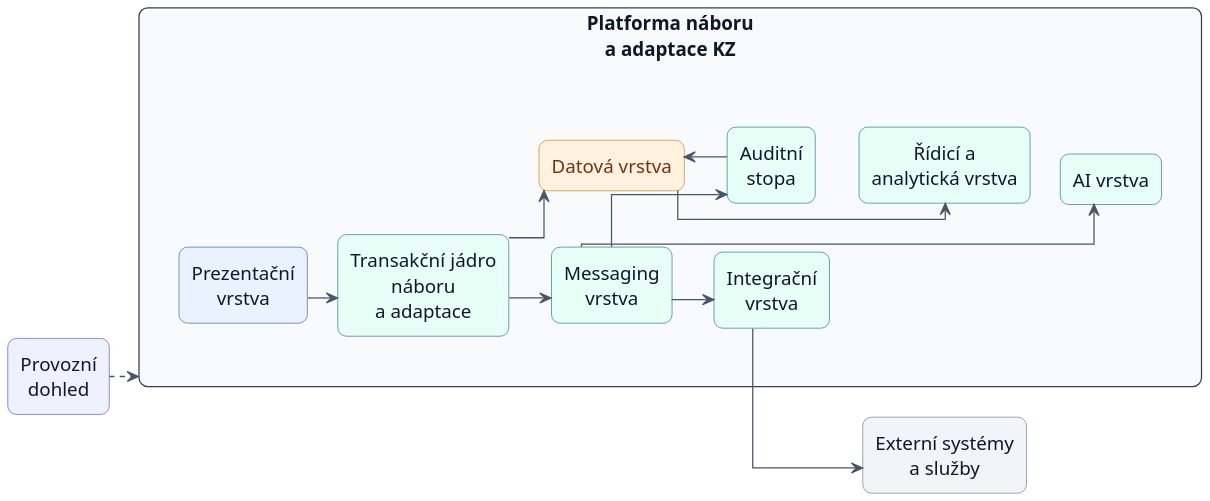
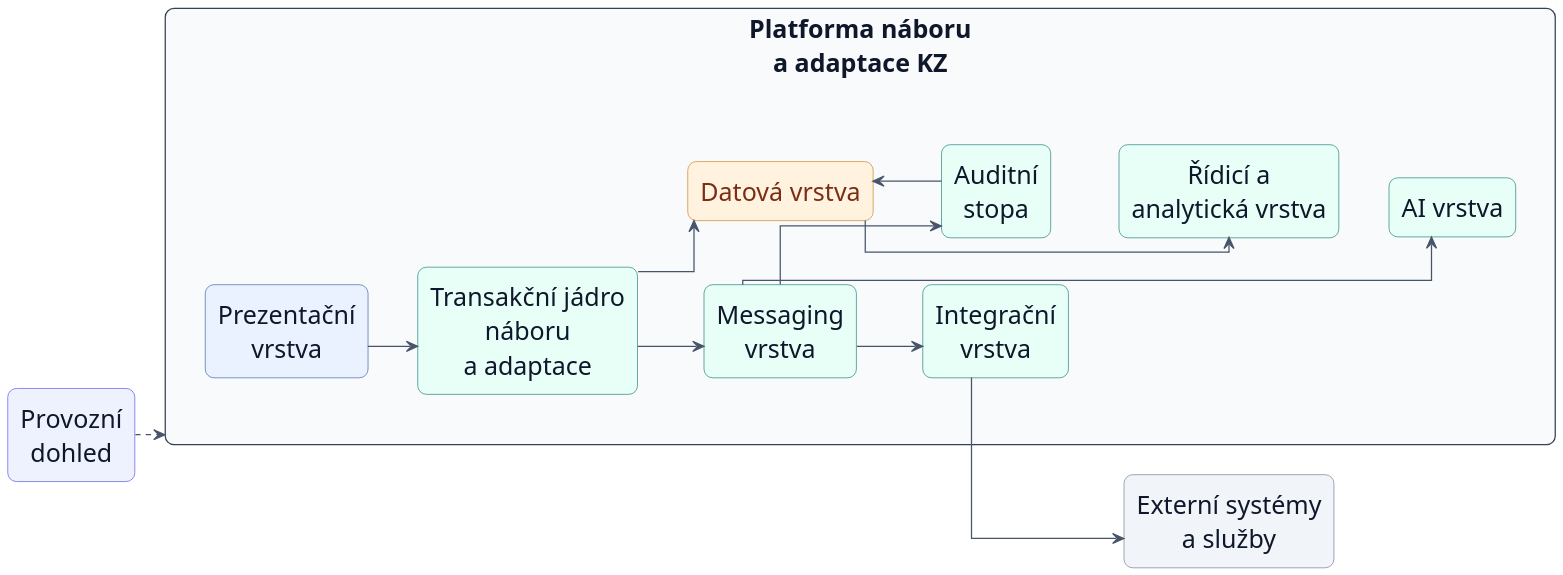
The diagram in procesy/architecture/solution-composition.puml (pavelvachaaa/diploma-thesis), drawn with PlantUML before and after one commit. The commit also changed 8 other files, not shown here.

```diff
--- a/procesy/architecture/solution-composition.puml
+++ b/procesy/architecture/solution-composition.puml
@@ -1,95 +1,94 @@
 @startuml
 left to right direction
 hide stereotype
-
 skinparam backgroundColor transparent
 skinparam shadowing false
 skinparam linetype ortho
 skinparam packageStyle rectangle
 skinparam defaultFontName Arial
-skinparam defaultFontSize 15
+skinparam defaultFontSize 20
 skinparam defaultTextAlignment center
 skinparam arrowFontSize 13
 skinparam dpi 160
-skinparam ranksep 24
+skinparam ranksep 40
 skinparam nodesep 18
 skinparam ArrowColor #475569
 skinparam ArrowThickness 1.0
 skinparam RoundCorner 14
 
 skinparam rectangle {
   BackgroundColor #F8FAFC
   BorderColor #334155
   FontColor #0F172A
 }
 
 skinparam rectangle<<frontend>> {
   BackgroundColor #EAF2FF
   BorderColor #2B5AA6
 }
 
 skinparam rectangle<<service>> {
   BackgroundColor #E8FFF8
   BorderColor #0F766E
 }
 
 skinparam rectangle<<external>> {
   BackgroundColor #F1F5F9
   BorderColor #64748B
 }
 
 skinparam rectangle<<obs>> {
   BackgroundColor #EEF2FF
   BorderColor #4F46E5
 }
 
 skinparam rectangle<<data>> {
   BackgroundColor #FFF3E0
   BorderColor #C97A10
   FontColor #7C2D12
 }
 
 rectangle "Platforma náboru\na adaptace KZ" as SystemBoundary {
   together {
     rectangle "Prezentační\nvrstva" <<frontend>> as Presentation
     rectangle "Transakční jádro\nnáboru\na adaptace" <<service>> as Core
     rectangle "Messaging\nvrstva" <<service>> as Messaging
     rectangle "Integrační\nvrstva" <<service>> as Integration
   }
 
   together {
     rectangle "Datová vrstva" <<data>> as Data
     rectangle "Auditní\nstopa" <<service>> as AuditTrail
     rectangle "Řídicí a\nanalytická vrstva" <<service>> as Analytics
     rectangle "AI vrstva" <<service>> as AiLayer
   }
 }
 
 rectangle "Externí systémy\na služby" <<external>> as ExternalServices
 
 rectangle "Provozní\ndohled" <<obs>> as Observability
 
 Presentation --> Core
 Core --> Messaging
 Messaging --> Integration
 Core -down-> Data
 Data --> Analytics
 Messaging -down-> AuditTrail
 AuditTrail --> Data
 Messaging -down-> AiLayer
 Integration -down-> ExternalServices
 
 Observability ..> SystemBoundary
 
 Presentation -[hidden]-> Core
 Core -[hidden]-> Messaging
 Messaging -[hidden]-> Integration
 Data -[hidden]-> AuditTrail
 AuditTrail -[hidden]-> Analytics
 Analytics -[hidden]-> AiLayer
 Core -[hidden]down-> Data
 Messaging -[hidden]down-> AuditTrail
 Integration -[hidden]down-> AiLayer
 Integration -[hidden]down-> ExternalServices
 
 @enduml
```
